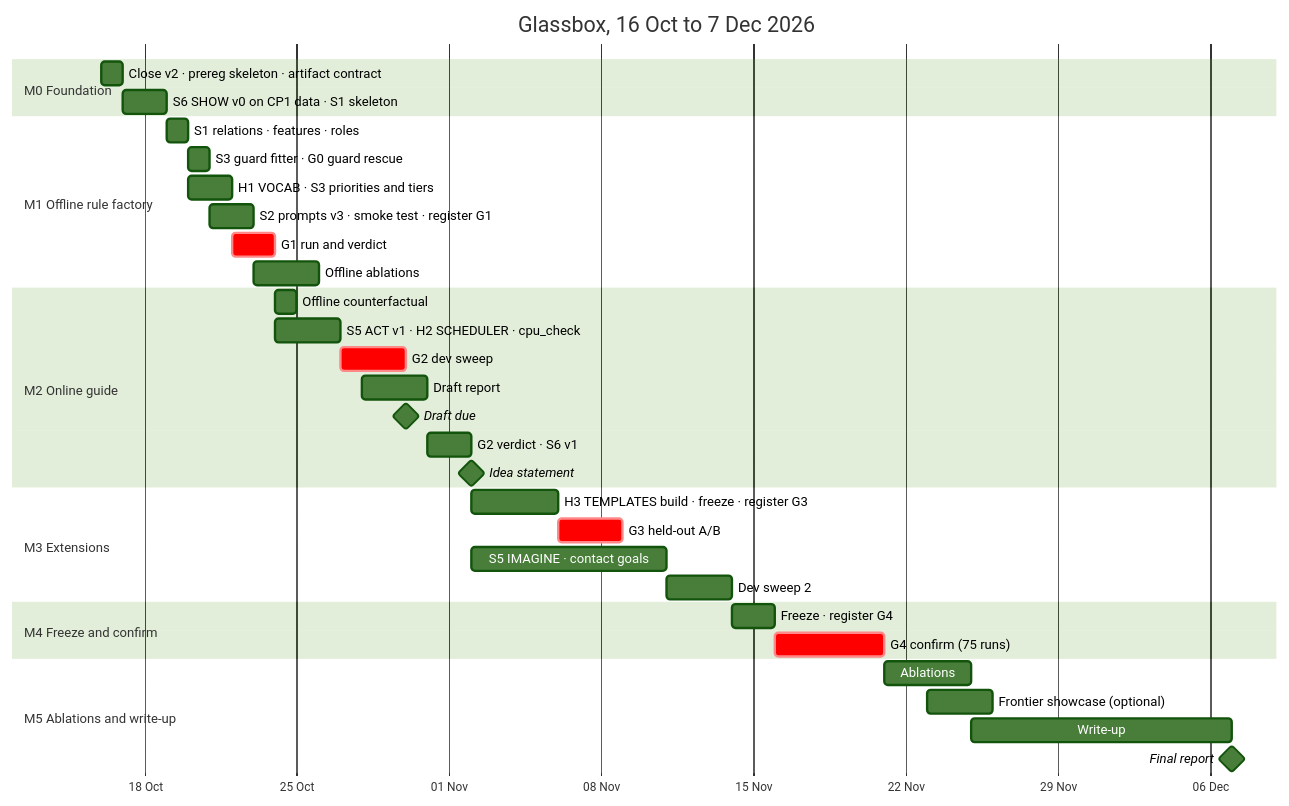
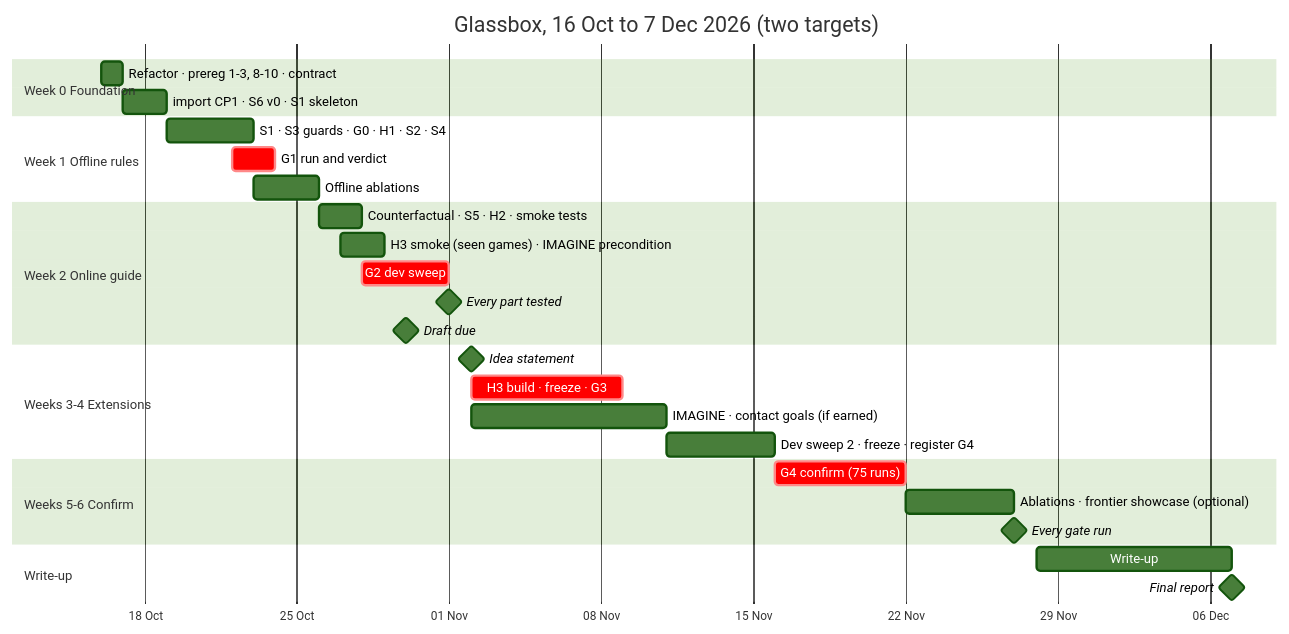
One commit to sauerpatchkid/ARC3-solution changed the second of 2 diagrams in docs/3-glassbox/glassbox-plan.md. Above: the diagram before and after it, drawn with Mermaid (forest theme). The commit also changed other lines of this file and 3 other files, not shown here.

First line of the commit message:
docs: Glassbox plan revised for the new layout; pre-registration draft; README and CLAUDE.md rewritten

````diff
--- a/docs/3-glassbox/glassbox-plan.md
+++ b/docs/3-glassbox/glassbox-plan.md
@@ -991,37 +1036,31 @@
 ```mermaid
 gantt
-    title Glassbox, 16 Oct to 7 Dec 2026
+    title Glassbox, 16 Oct to 7 Dec 2026 (two targets)
     dateFormat YYYY-MM-DD
     axisFormat %d %b
-    section M0 Foundation
-    Close v2 · prereg skeleton · artifact contract   :m0a, 2026-10-16, 1d
-    S6 SHOW v0 on CP1 data · S1 skeleton             :m0b, 2026-10-17, 2d
-    section M1 Offline rule factory
-    S1 relations · features · roles                  :m1a, 2026-10-19, 1d
-    S3 guard fitter · G0 guard rescue                :m1b, 2026-10-20, 1d
-    H1 VOCAB · S3 priorities and tiers               :m1c, 2026-10-20, 2d
-    S2 prompts v3 · smoke test · register G1         :m1d, 2026-10-21, 2d
-    G1 run and verdict                               :crit, m1e, 2026-10-22, 2d
-    Offline ablations                                :m1f, 2026-10-23, 3d
-    section M2 Online guide
-    Offline counterfactual                           :m2a, 2026-10-24, 1d
-    S5 ACT v1 · H2 SCHEDULER · cpu_check             :m2b, 2026-10-24, 3d
-    G2 dev sweep                                     :crit, m2c, 2026-10-27, 3d
-    Draft report                                     :m2d, 2026-10-28, 3d
-    Draft due                                        :milestone, d1, 2026-10-30, 0d
-    G2 verdict · S6 v1                               :m2e, 2026-10-31, 2d
-    Idea statement                                   :milestone, d2, 2026-11-02, 0d
-    section M3 Extensions
-    H3 TEMPLATES build · freeze · register G3        :m3a, 2026-11-02, 4d
-    G3 held-out A/B                                  :crit, m3b, 2026-11-06, 3d
-    S5 IMAGINE · contact goals                       :m3c, 2026-11-02, 9d
-    Dev sweep 2                                      :m3d, 2026-11-11, 3d
-    section M4 Freeze and confirm
-    Freeze · register G4                             :m4a, 2026-11-14, 2d
-    G4 confirm (75 runs)                             :crit, m4b, 2026-11-16, 5d
-    section M5 Ablations and write-up
-    Ablations                                        :m5a, 2026-11-21, 4d
-    Frontier showcase (optional)                     :m5b, 2026-11-23, 3d
-    Write-up                                         :m5c, 2026-11-25, 12d
-    Final report                                     :milestone, d3, 2026-12-07, 0d
+    section Week 0 Foundation
+    Refactor · prereg 1-3, 8-10 · contract      :w0a, 2026-10-16, 1d
+    import CP1 · S6 v0 · S1 skeleton            :w0b, 2026-10-17, 2d
+    section Week 1 Offline rules
+    S1 · S3 guards · G0 · H1 · S2 · S4           :w1a, 2026-10-19, 4d
+    G1 run and verdict                          :crit, w1b, 2026-10-22, 2d
+    Offline ablations                           :w1c, 2026-10-23, 3d
+    section Week 2 Online guide
+    Counterfactual · S5 · H2 · smoke tests       :w2a, 2026-10-26, 2d
+    H3 smoke (seen games) · IMAGINE precondition :w2b, 2026-10-27, 2d
+    G2 dev sweep                                :crit, w2c, 2026-10-28, 4d
+    Every part tested                           :milestone, t1, 2026-11-01, 0d
+    Draft due                                   :milestone, d1, 2026-10-30, 0d
+    section Weeks 3-4 Extensions
+    Idea statement                              :milestone, d2, 2026-11-02, 0d
+    H3 build · freeze · G3                      :crit, w3a, 2026-11-02, 7d
+    IMAGINE · contact goals (if earned)         :w3b, 2026-11-02, 9d
+    Dev sweep 2 · freeze · register G4          :w4a, 2026-11-11, 5d
+    section Weeks 5-6 Confirm
+    G4 confirm (75 runs)                        :crit, w5a, 2026-11-16, 6d
+    Ablations · frontier showcase (optional)    :w6a, 2026-11-22, 5d
+    Every gate run                              :milestone, t2, 2026-11-27, 0d
+    section Write-up
+    Write-up                                    :w7a, 2026-11-28, 9d
+    Final report                                :milestone, d3, 2026-12-07, 0d
 ```
````
